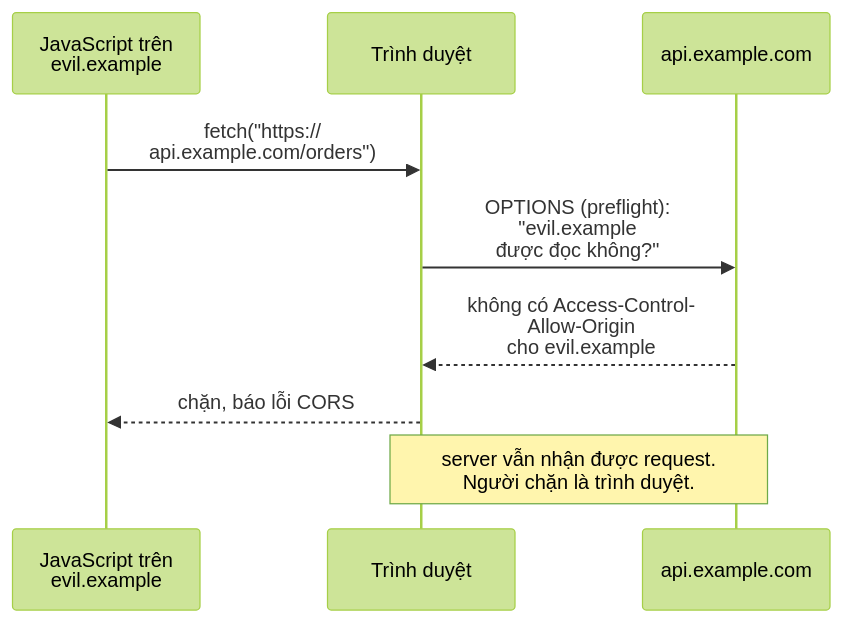
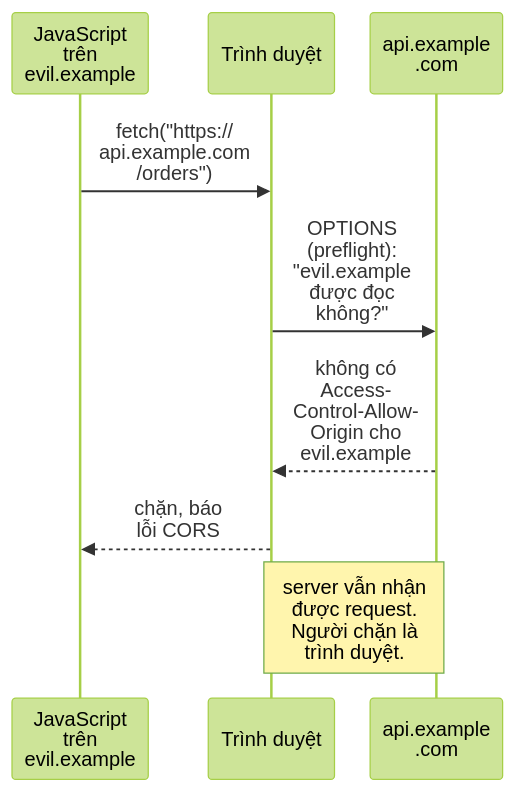
One commit to duongbui234/software-engineering-atlas changed the third of 3 diagrams in content/posts/2026-11-18-api-security.md. Above: the diagram before and after it, drawn with Mermaid (forest theme). The commit also changed other lines of this file and 134 other files, not shown here.

First line of the commit message:
Fit every Mermaid diagram at 390px without sideways scroll (#56)

````diff
--- a/content/posts/2026-11-18-api-security.md
+++ b/content/posts/2026-11-18-api-security.md
@@ -236,11 +236,12 @@
 ```mermaid
+%%{init: {"sequence": {"width": 90, "actorMargin": 12, "diagramMarginX": 8}}}%%
 sequenceDiagram
-    participant JS as JavaScript trên<br/>evil.example
+    participant JS as JavaScript<br/>trên<br/>evil.example
     participant BR as Trình duyệt
-    participant API as api.example.com
-    JS->>BR: fetch("https://<br/>api.example.com/orders")
-    BR->>API: OPTIONS (preflight):<br/>"evil.example<br/>được đọc không?"
-    API-->>BR: không có Access-Control-<br/>Allow-Origin<br/>cho evil.example
-    BR-->>JS: chặn, báo lỗi CORS
-    Note over BR,API: server vẫn nhận được request.<br/>Người chặn là trình duyệt.
+    participant API as api.example<br/>.com
+    JS->>BR: fetch("https://<br/>api.example.com<br/>/orders")
+    BR->>API: OPTIONS<br/>(preflight):<br/>"evil.example<br/>được đọc<br/>không?"
+    API-->>BR: không có<br/>Access-<br/>Control-Allow-<br/>Origin cho<br/>evil.example
+    BR-->>JS: chặn, báo<br/>lỗi CORS
+    Note over BR,API: server vẫn nhận<br/>được request.<br/>Người chặn là<br/>trình duyệt.
 ```
````
